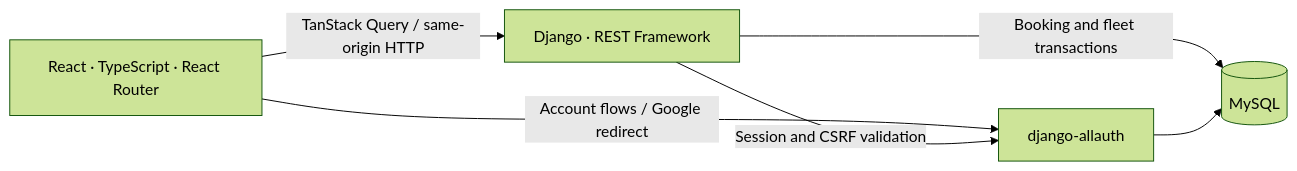
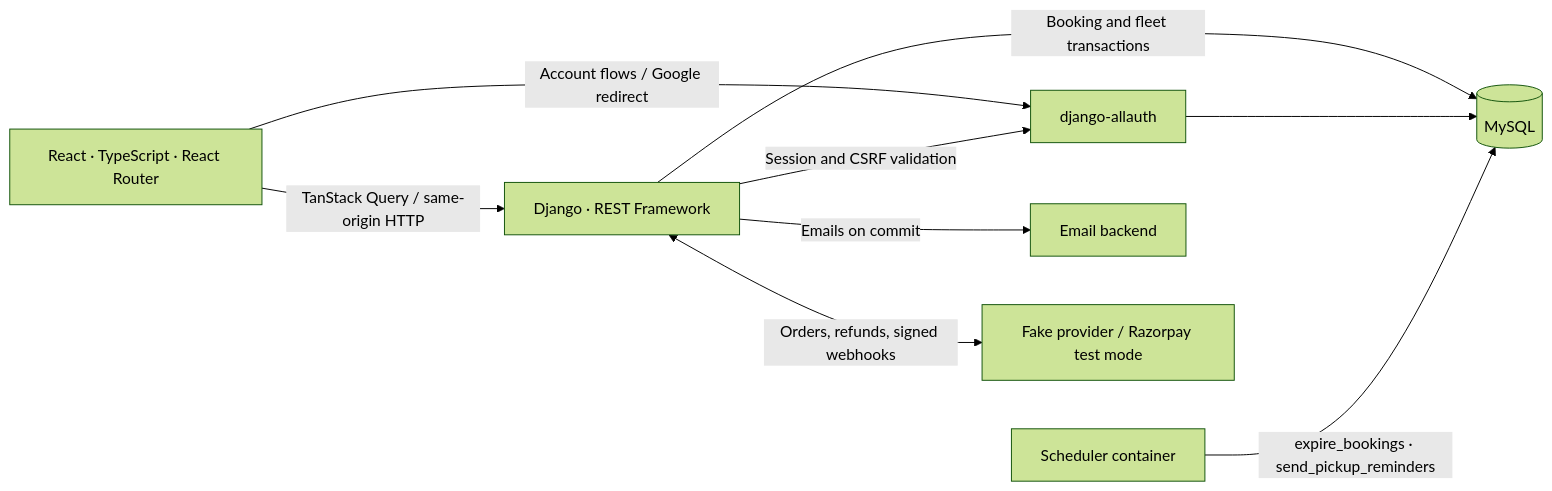
One commit to priyadharshanexe/motorlane changed the diagram in README.md. Above: the diagram before and after it, drawn with Mermaid (forest theme). The commit also changed other lines of this file, not shown here.

Commit message:
Document the reworked backend in the README

````diff
--- a/README.md
+++ b/README.md
@@ -15,8 +15,11 @@
 ```mermaid
 flowchart LR
     Browser["React · TypeScript · React Router"] -->|TanStack Query / same-origin HTTP| Django["Django · REST Framework"]
     Browser -->|Account flows / Google redirect| Allauth["django-allauth"]
     Django -->|Session and CSRF validation| Allauth
     Django -->|Booking and fleet transactions| DB[(MySQL)]
     Allauth --> DB
+    Scheduler["Scheduler container"] -->|expire_bookings · send_pickup_reminders| DB
+    Django -->|Emails on commit| Mail["Email backend"]
+    Django <-->|Orders, refunds, signed webhooks| Pay["Fake provider / Razorpay test mode"]
 ```
````
